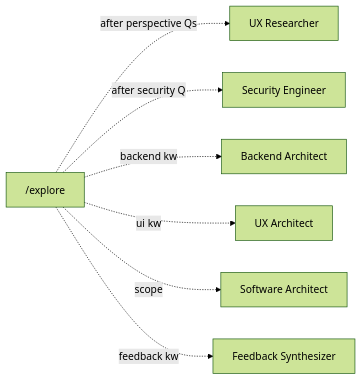
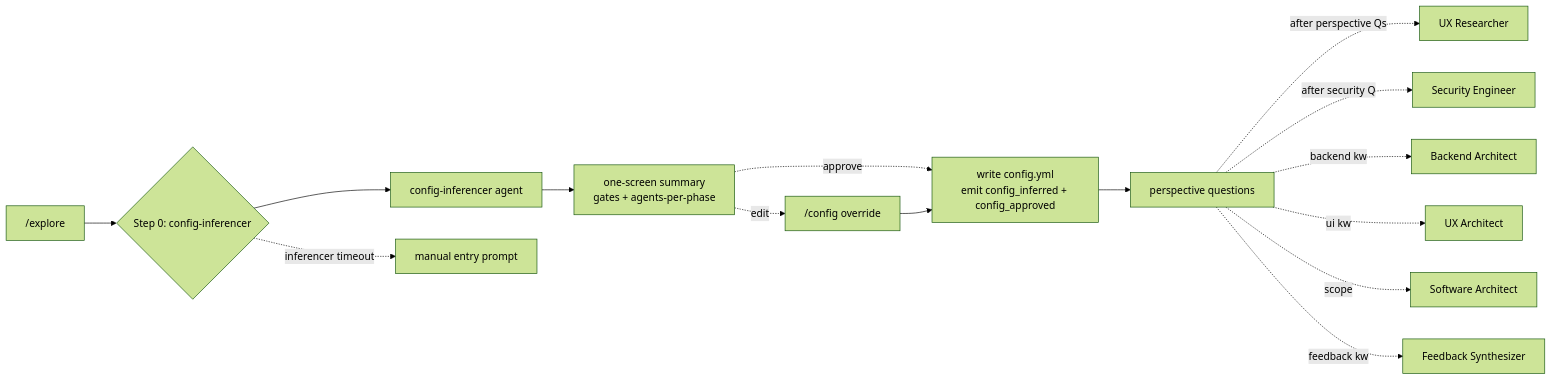
Before and after one commit to AlarQ/SDD-hub: the fifth of 14 diagrams in docs/workflow-diagram.md, drawn with Mermaid (forest theme). The commit also changed other lines of this file and 79 other files, not shown here.

````diff
--- a/docs/workflow-diagram.md
+++ b/docs/workflow-diagram.md
@@ -212,9 +228,17 @@
 ```mermaid
 graph LR
-    EX["/explore"] -.->|after perspective Qs| UXR[UX Researcher]
-    EX -.->|after security Q| SE[Security Engineer]
-    EX -.->|backend kw| BA[Backend Architect]
-    EX -.->|ui kw| UXA[UX Architect]
-    EX -.->|scope| SA[Software Architect]
-    EX -.->|feedback kw| FS[Feedback Synthesizer]
+    EX["/explore"] --> S0{Step 0: config-inferencer}
+    S0 --> CI[config-inferencer agent]
+    CI --> SUMMARY[one-screen summary\ngates + agents-per-phase]
+    SUMMARY -.->|approve| WRITE[write config.yml\nemit config_inferred + config_approved]
+    SUMMARY -.->|edit| CFG["/config override"]
+    CFG --> WRITE
+    WRITE --> PERSP[perspective questions]
+    PERSP -.->|after perspective Qs| UXR[UX Researcher]
+    PERSP -.->|after security Q| SE[Security Engineer]
+    PERSP -.->|backend kw| BA[Backend Architect]
+    PERSP -.->|ui kw| UXA[UX Architect]
+    PERSP -.->|scope| SA[Software Architect]
+    PERSP -.->|feedback kw| FS[Feedback Synthesizer]
+    S0 -.->|inferencer timeout| MANUAL[manual entry prompt]
 ```
````
